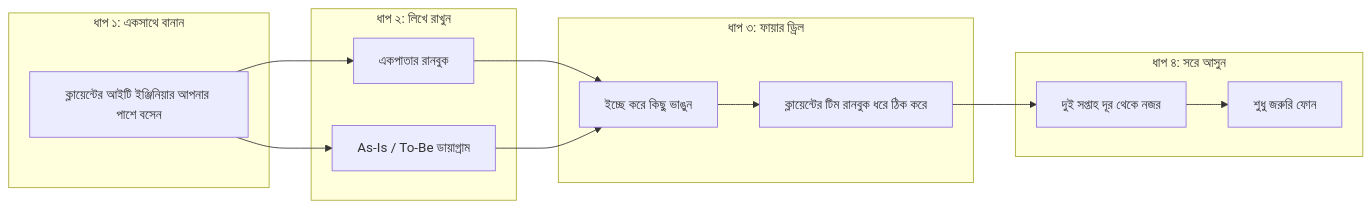
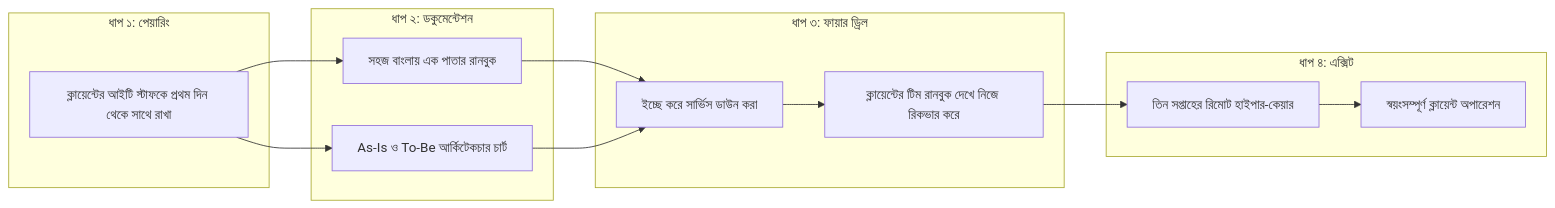
Before and after one commit to aiwithr/fde_book: the diagram in docs/conclusion/index.md, drawn with Mermaid. The commit also changed other lines of this file and 9 other files, not shown here.

````diff
--- a/docs/conclusion/index.md
+++ b/docs/conclusion/index.md
@@ -29,29 +22,29 @@
 ```mermaid
 flowchart LR
-    subgraph P1["ধাপ ১: একসাথে বানান"]
-        A1["ক্লায়েন্টের আইটি ইঞ্জিনিয়ার আপনার পাশে বসেন"]
+    subgraph P1["ধাপ ১: পেয়ারিং"]
+        A1["ক্লায়েন্টের আইটি স্টাফকে প্রথম দিন থেকে সাথে রাখা"]
     end
 
-    subgraph P2["ধাপ ২: লিখে রাখুন"]
-        B1["একপাতার রানবুক"]
-        B2["As-Is / To-Be ডায়াগ্রাম"]
+    subgraph P2["ধাপ ২: ডকুমেন্টেশন"]
+        B1["সহজ বাংলায় এক পাতার রানবুক"]
+        B2["As-Is ও To-Be আর্কিটেকচার চার্ট"]
     end
 
     subgraph P3["ধাপ ৩: ফায়ার ড্রিল"]
-        C1["ইচ্ছে করে কিছু ভাঙুন"]
-        C2["ক্লায়েন্টের টিম রানবুক ধরে ঠিক করে"]
+        C1["ইচ্ছে করে সার্ভিস ডাউন করা"]
+        C2["ক্লায়েন্টের টিম রানবুক দেখে নিজে রিকভার করে"]
     end
 
-    subgraph P4["ধাপ ৪: সরে আসুন"]
-        D1["দুই সপ্তাহ দূর থেকে নজর"]
-        D2["শুধু জরুরি ফোন"]
+    subgraph P4["ধাপ ৪: এক্সিট"]
+        D1["তিন সপ্তাহের রিমোট হাইপার-কেয়ার"]
+        D2["স্বয়ংসম্পূর্ণ ক্লায়েন্ট অপারেশন"]
     end
 
     A1 --> B1
     A1 --> B2
     B1 --> C1
     B2 --> C1
     C1 --> C2
     C2 --> D1
     D1 --> D2
 ```
````
